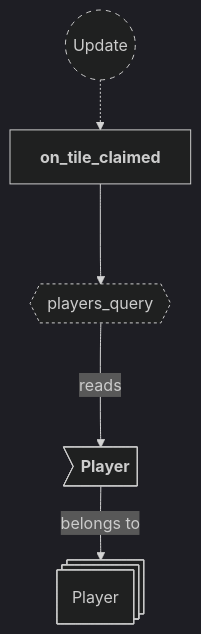
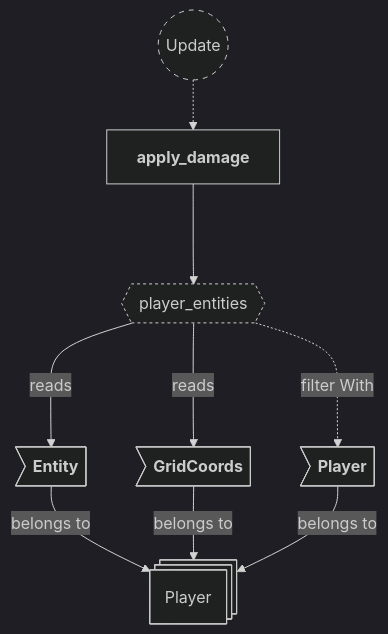
Before and after one commit to neurosoup/tyled: the third of 6 diagrams in backlog/docs/doc-8 - 007-Claim-plugin.md, drawn with Mermaid. The commit also changed other lines of this file and 11 other files, not shown here.

````diff
--- a/backlog/docs/doc-8 - 007-Claim-plugin.md
+++ b/backlog/docs/doc-8 - 007-Claim-plugin.md
@@ -96,24 +110,28 @@
 ```mermaid
 ---
 config:
   theme: dark
 ---
 
 flowchart TD
 classDef system-group stroke-dasharray: 5 5
 classDef query stroke-dasharray: 3 3
 
 update(("`Update`")):::system-group
-on_tile_claimed["`**on_tile_claimed**`"]
+apply_damage["`**apply_damage**`"]
 
-update -.-> on_tile_claimed
+update -.-> apply_damage
 
-players_query{{"`players_query`"}}:::query
-on_tile_claimed ---> players_query
+player_entities_query{{"`player_entities`"}}:::query
+apply_damage ---> player_entities_query
 
 player_entity@{ shape: st-rect, label: "Player" }
 
+pe_entity>"`**Entity**`"] --> |belongs to| player_entity
+pe_grid_coords>"`**GridCoords**`"] --> |belongs to| player_entity
 pe_player>"`**Player**`"] --> |belongs to| player_entity
 
-players_query ---> |reads| pe_player
+player_entities_query ---> |reads| pe_entity
+player_entities_query ---> |reads| pe_grid_coords
+player_entities_query -..-> |filter With| pe_player
 ```
````
